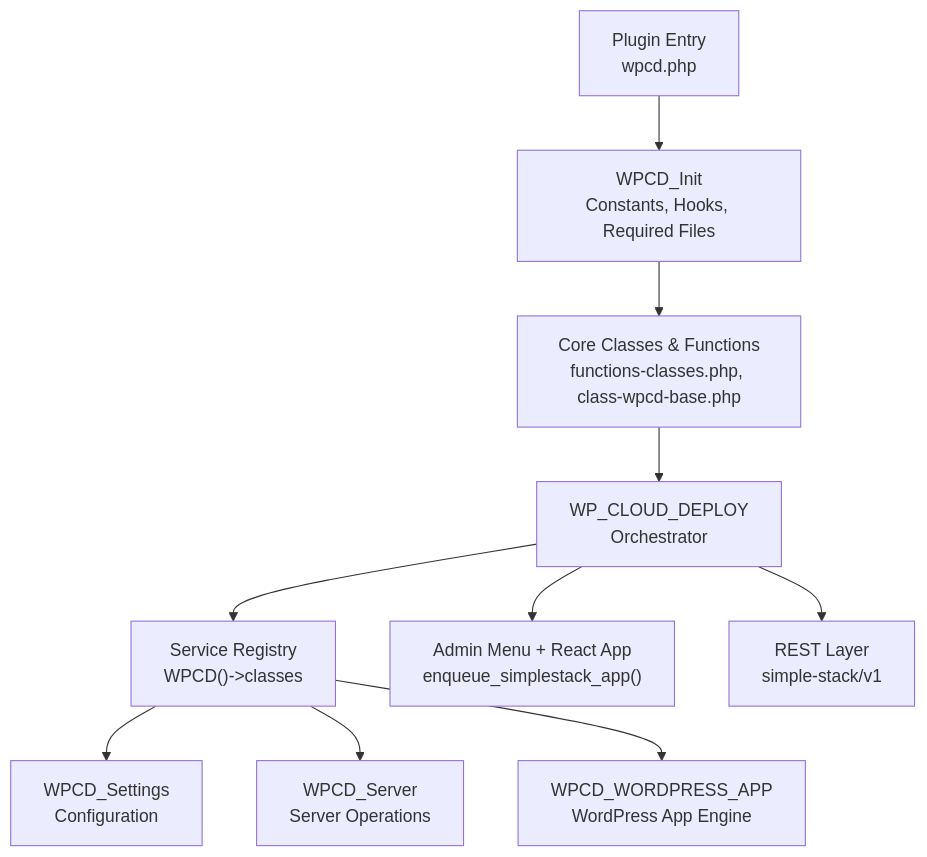
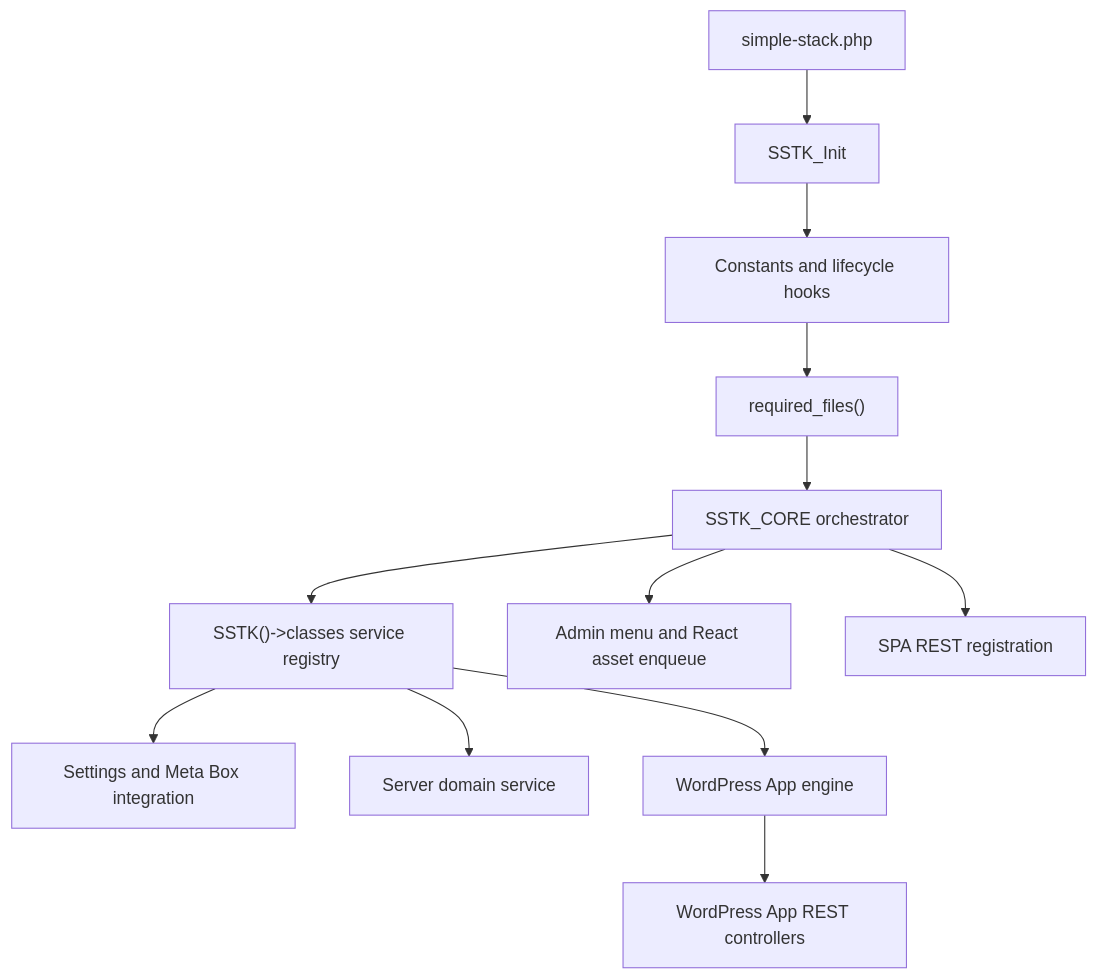
Before and after one commit to onedogsolutions/simple-stack: the diagram in .qoder/repowiki/en/content/System Architecture/Backend Architecture.md, drawn with Mermaid. The commit also changed other lines of this file and 5941 other files, not shown here.

First line of the commit message:
refactor(core): rebrand WPCloudDeploy to Simple Stack with new namespaces and prefixes

````diff
--- a/.qoder/repowiki/en/content/System Architecture/Backend Architecture.md
+++ b/.qoder/repowiki/en/content/System Architecture/Backend Architecture.md
@@ -33,12 +23,14 @@
 ```mermaid
-graph TB
-Entry["Plugin Entry<br/>wpcd.php"] --> Bootstrap["WPCD_Init<br/>Constants, Hooks, Required Files"]
-Bootstrap --> CoreFiles["Core Classes & Functions<br/>functions-classes.php, class-wpcd-base.php"]
-CoreFiles --> Orchestrator["WP_CLOUD_DEPLOY<br/>Orchestrator"]
-Orchestrator --> Services["Service Registry<br/>WPCD()->classes"]
-Orchestrator --> AdminUI["Admin Menu + React App<br/>enqueue_simplestack_app()"]
-Orchestrator --> REST["REST Layer<br/>simple-stack/v1"]
-Services --> Settings["WPCD_Settings<br/>Configuration"]
-Services --> Server["WPCD_Server<br/>Server Operations"]
-Services --> WPApp["WPCD_WORDPRESS_APP<br/>WordPress App Engine"]
+flowchart TD
+    Entry["simple-stack.php"] --> Init["SSTK_Init"]
+    Init --> Constants["Constants and lifecycle hooks"]
+    Constants --> Files["required_files()"]
+    Files --> Core["SSTK_CORE orchestrator"]
+    Core --> Services["SSTK()->classes service registry"]
+    Core --> Admin["Admin menu and React asset enqueue"]
+    Core --> REST["SPA REST registration"]
+    Services --> Settings["Settings and Meta Box integration"]
+    Services --> Server["Server domain service"]
+    Services --> WPApp["WordPress App engine"]
+    WPApp --> AppREST["WordPress App REST controllers"]
 ```
````
